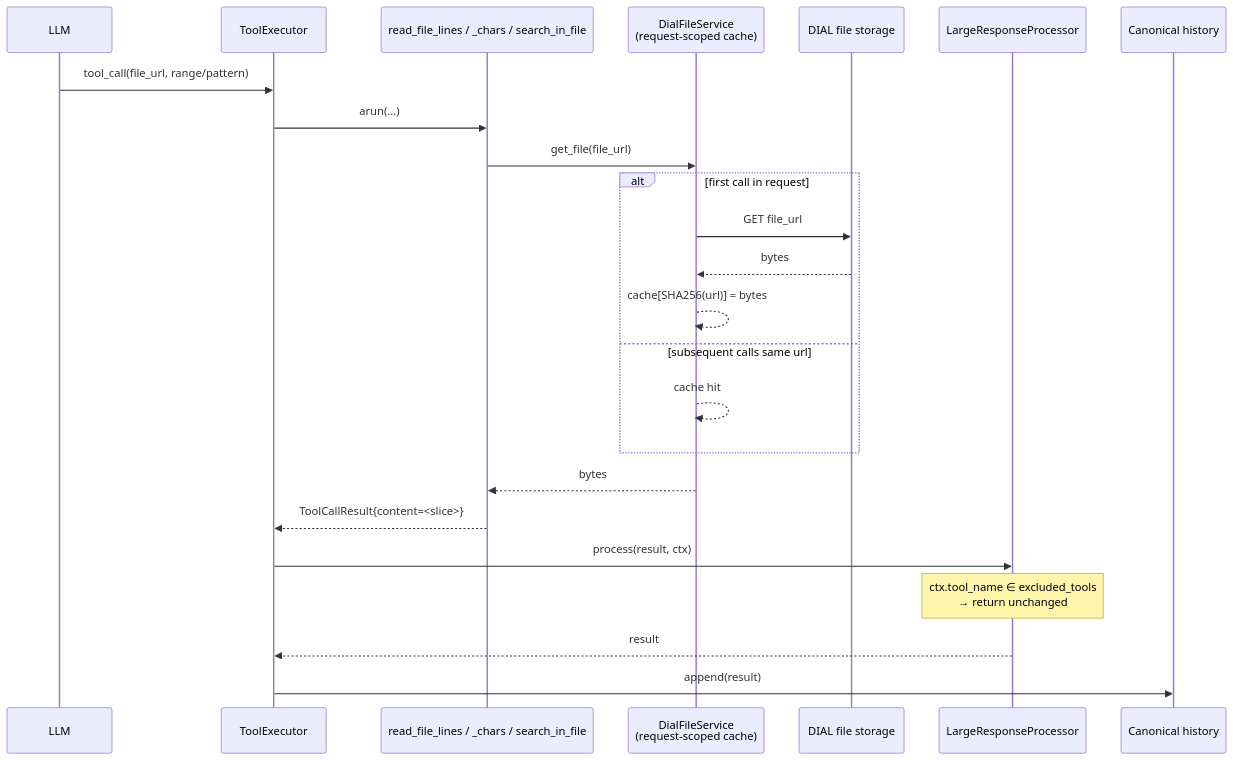
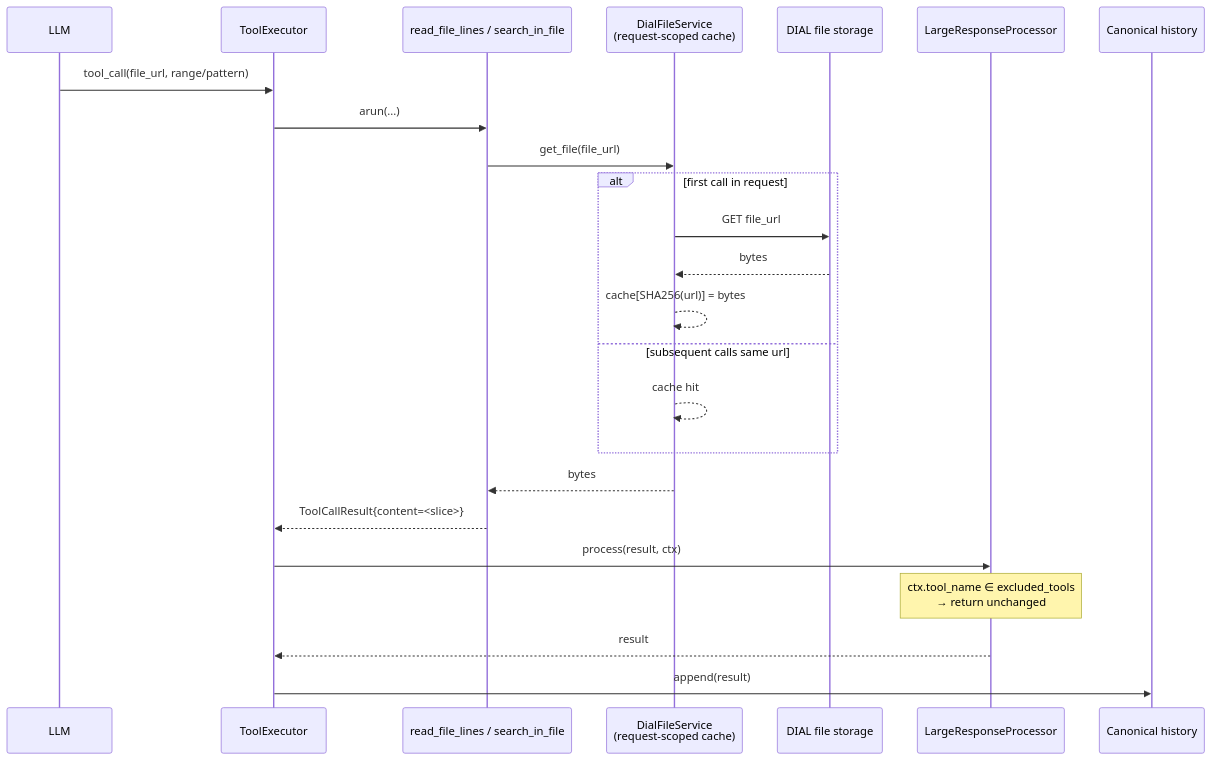
One commit to epam/ai-dial-quickapps-backend changed the fourth of 4 diagrams in docs/designs/large_tool_responses.md. Above: the diagram before and after it, drawn with Mermaid. The commit also changed other lines of this file, not shown here.

First line of the commit message:
docs: update large_tool_responses design to reflect final implementation

````diff
--- a/docs/designs/large_tool_responses.md
+++ b/docs/designs/large_tool_responses.md
@@ -272,27 +274,27 @@
 ```mermaid
 sequenceDiagram
     participant LLM
     participant TE as ToolExecutor
-    participant Tool as read_file_lines / _chars / search_in_file
+    participant Tool as read_file_lines / search_in_file
     participant DFS as DialFileService<br/>(request-scoped cache)
     participant DIAL as DIAL file storage
     participant LRP as LargeResponseProcessor
     participant Hist as Canonical history
 
     LLM->>TE: tool_call(file_url, range/pattern)
     TE->>Tool: arun(...)
     Tool->>DFS: get_file(file_url)
     alt first call in request
         DFS->>DIAL: GET file_url
         DIAL-->>DFS: bytes
         DFS-->>DFS: cache[SHA256(url)] = bytes
     else subsequent calls same url
         DFS-->>DFS: cache hit
     end
     DFS-->>Tool: bytes
     Tool-->>TE: ToolCallResult{content=<slice>}
     TE->>LRP: process(result, ctx)
     Note over LRP: ctx.tool_name ∈ excluded_tools<br/>→ return unchanged
     LRP-->>TE: result
     TE->>Hist: append(result)
 ```
````
